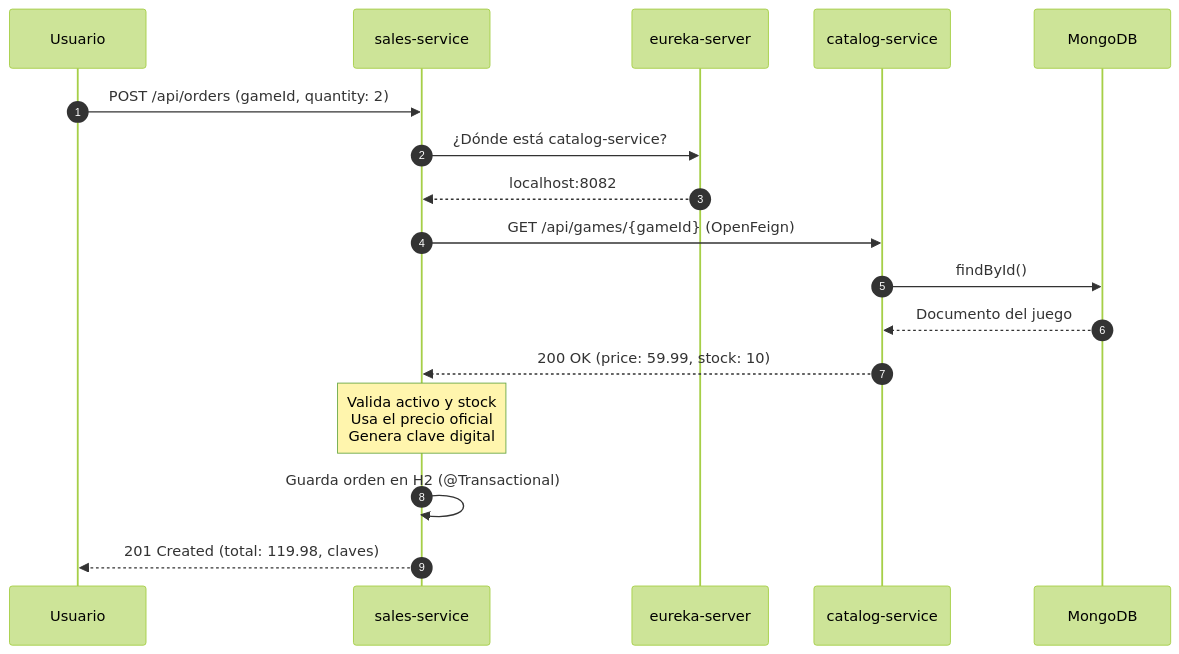
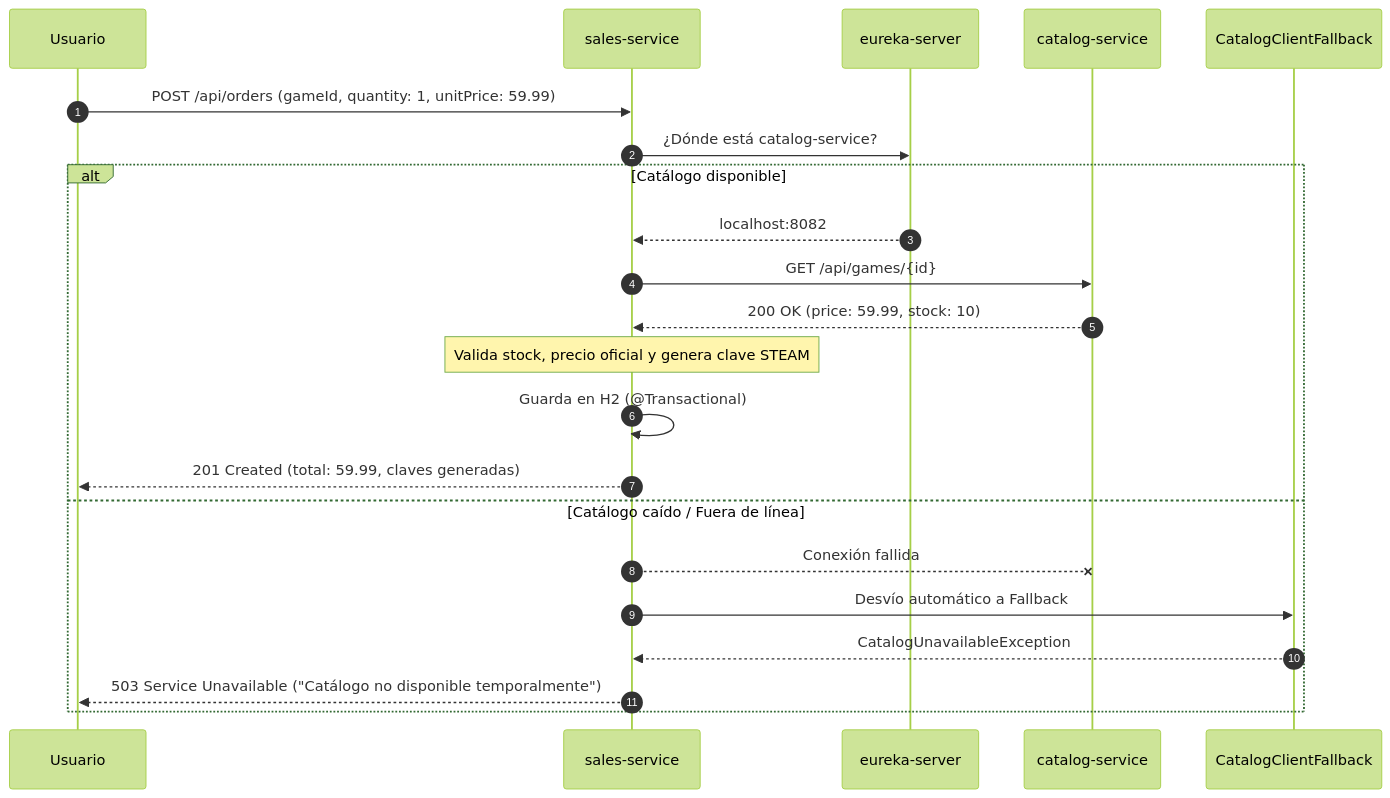
The third of 4 diagrams in README.md (Alger125/sales-service), drawn with Mermaid (forest theme) before and after one commit. The commit also changed other lines of this file, not shown here.

Commit message:
docs(sales): document resilience4j circuit breaker, feign fallback and 503 error responses

````diff
--- a/README.md
+++ b/README.md
@@ -166,20 +159,25 @@
 ```mermaid
 sequenceDiagram
     autonumber
     participant U as Usuario
     participant S as sales-service
     participant E as eureka-server
     participant C as catalog-service
-    participant M as MongoDB
+    participant F as CatalogClientFallback
 
-    U->>S: POST /api/orders (gameId, quantity: 2)
+    U->>S: POST /api/orders (gameId, quantity: 1, unitPrice: 59.99)
     S->>E: ¿Dónde está catalog-service?
-    E-->>S: localhost:8082
-    S->>C: GET /api/games/{gameId} (OpenFeign)
-    C->>M: findById()
-    M-->>C: Documento del juego
-    C-->>S: 200 OK (price: 59.99, stock: 10)
-    Note over S: Valida activo y stock<br/>Usa el precio oficial<br/>Genera clave digital
-    S->>S: Guarda orden en H2 (@Transactional)
-    S-->>U: 201 Created (total: 119.98, claves)
+    alt Catálogo disponible
+        E-->>S: localhost:8082
+        S->>C: GET /api/games/{id}
+        C-->>S: 200 OK (price: 59.99, stock: 10)
+        Note over S: Valida stock, precio oficial y genera clave STEAM
+        S->>S: Guarda en H2 (@Transactional)
+        S-->>U: 201 Created (total: 59.99, claves generadas)
+    else Catálogo caído / Fuera de línea
+        S--x C: Conexión fallida
+        S->>F: Desvío automático a Fallback
+        F-->>S: CatalogUnavailableException
+        S-->>U: 503 Service Unavailable ("Catálogo no disponible temporalmente")
+    end
 ```
````
